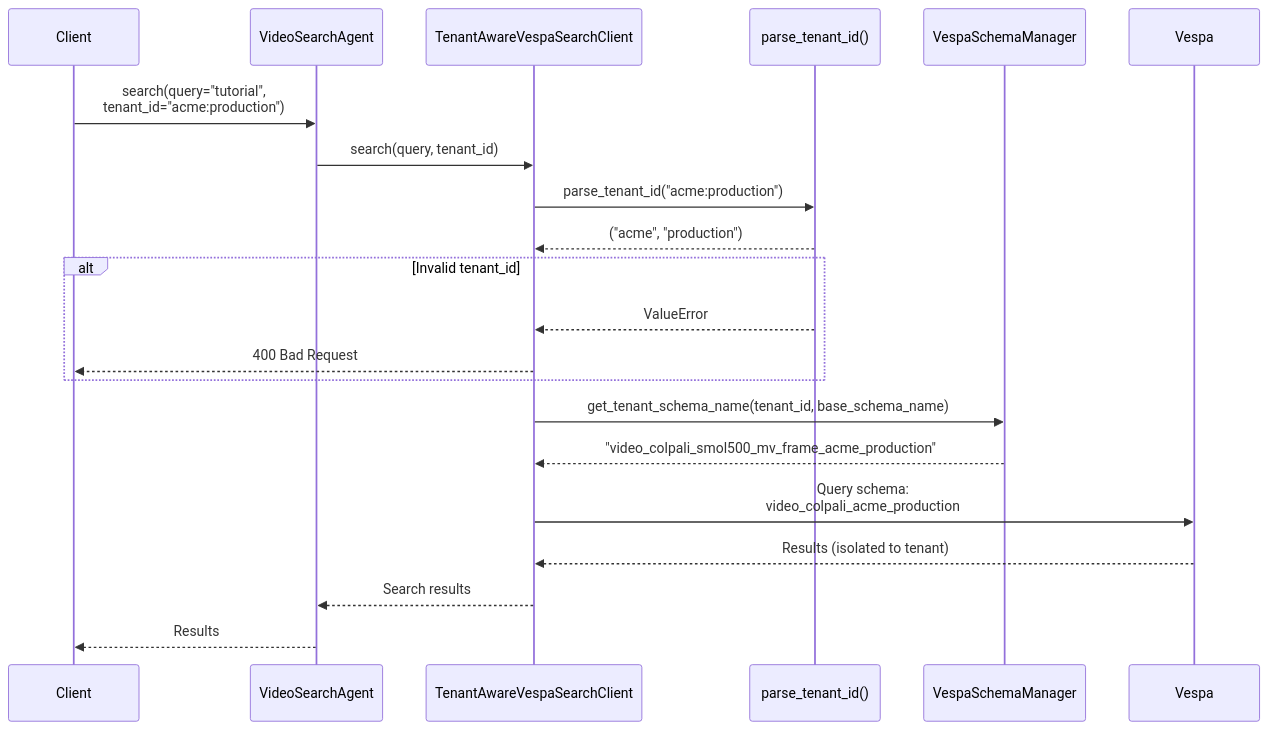
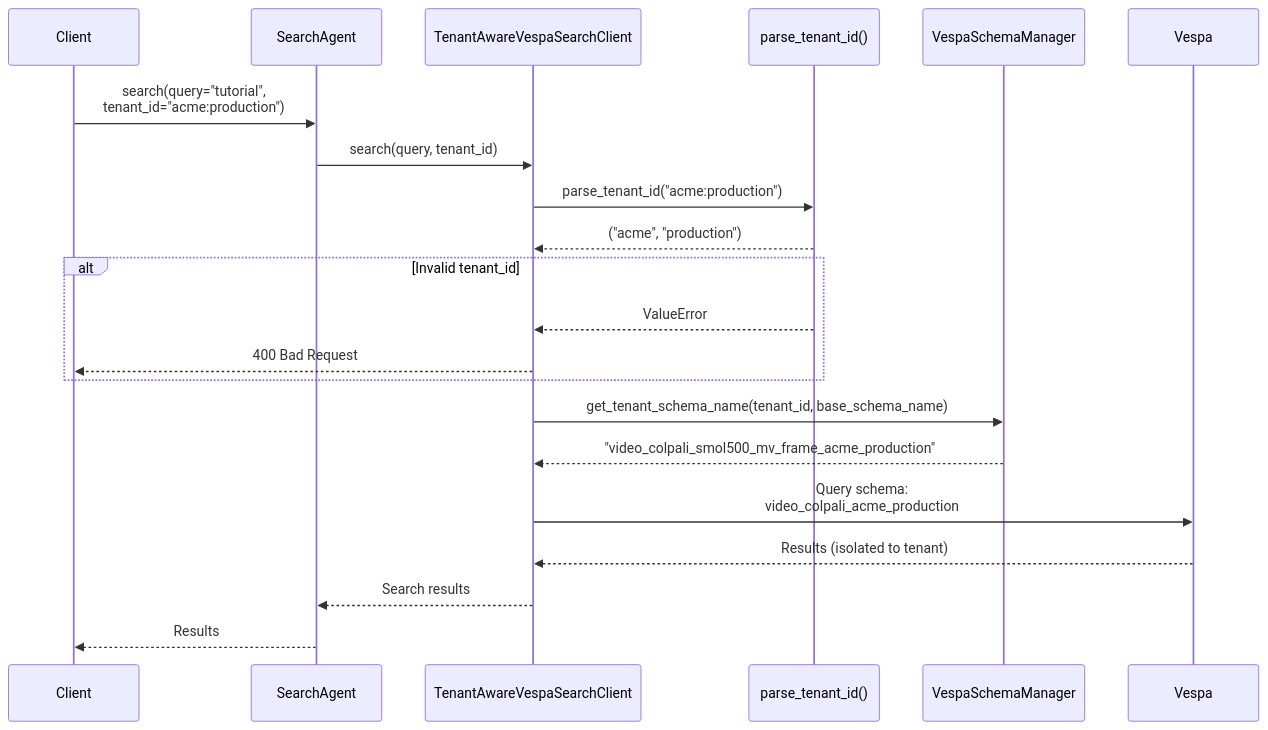
The fourth of 5 diagrams in docs/operations/multi-tenant-management.md (amit-jain/cogniverse), drawn with Mermaid before and after one commit. The commit also changed other lines of this file and 14 other files, not shown here.

````diff
--- a/docs/operations/multi-tenant-management.md
+++ b/docs/operations/multi-tenant-management.md
@@ -441,30 +441,30 @@
 ```mermaid
 sequenceDiagram
     participant Client
-    participant Agent as VideoSearchAgent
+    participant Agent as SearchAgent
     participant SearchClient as TenantAwareVespaSearchClient
     participant Parser as parse_tenant_id()
     participant SchemaManager as VespaSchemaManager
     participant Vespa
 
     Client->>Agent: search(query="tutorial",<br/>tenant_id="acme:production")
 
     Agent->>SearchClient: search(query, tenant_id)
 
     SearchClient->>Parser: parse_tenant_id("acme:production")
     Parser-->>SearchClient: ("acme", "production")
 
     alt Invalid tenant_id
         Parser-->>SearchClient: ValueError
         SearchClient-->>Client: 400 Bad Request
     end
 
     SearchClient->>SchemaManager: get_tenant_schema_name(tenant_id, base_schema_name)
     SchemaManager-->>SearchClient: "video_colpali_smol500_mv_frame_acme_production"
 
     SearchClient->>Vespa: Query schema:<br/>video_colpali_acme_production
     Vespa-->>SearchClient: Results (isolated to tenant)
 
     SearchClient-->>Agent: Search results
     Agent-->>Client: Results
 ```
````
